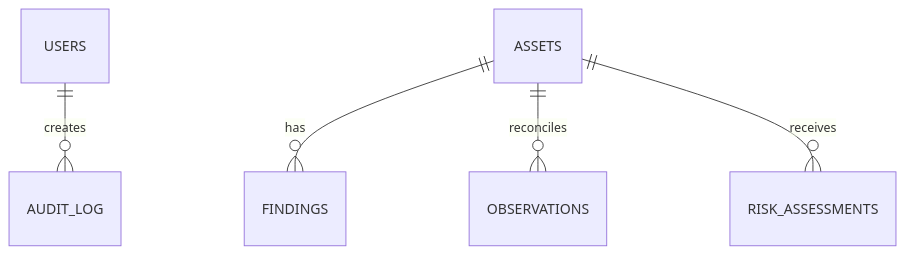
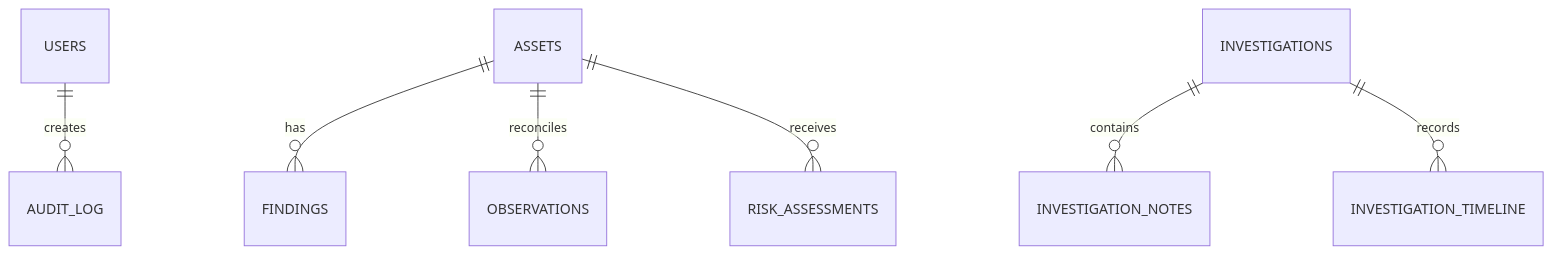
Before and after one commit to AndreaKangethe/future: the diagram in docs/DATA_MODEL.md, drawn with Mermaid. The commit also changed other lines of this file and 10 other files, not shown here.

````diff
--- a/docs/DATA_MODEL.md
+++ b/docs/DATA_MODEL.md
@@ -10,7 +10,9 @@
 ```mermaid
 erDiagram
   USERS ||--o{ AUDIT_LOG : creates
   ASSETS ||--o{ FINDINGS : has
   ASSETS ||--o{ OBSERVATIONS : reconciles
   ASSETS ||--o{ RISK_ASSESSMENTS : receives
+  INVESTIGATIONS ||--o{ INVESTIGATION_NOTES : contains
+  INVESTIGATIONS ||--o{ INVESTIGATION_TIMELINE : records
 ```
````
